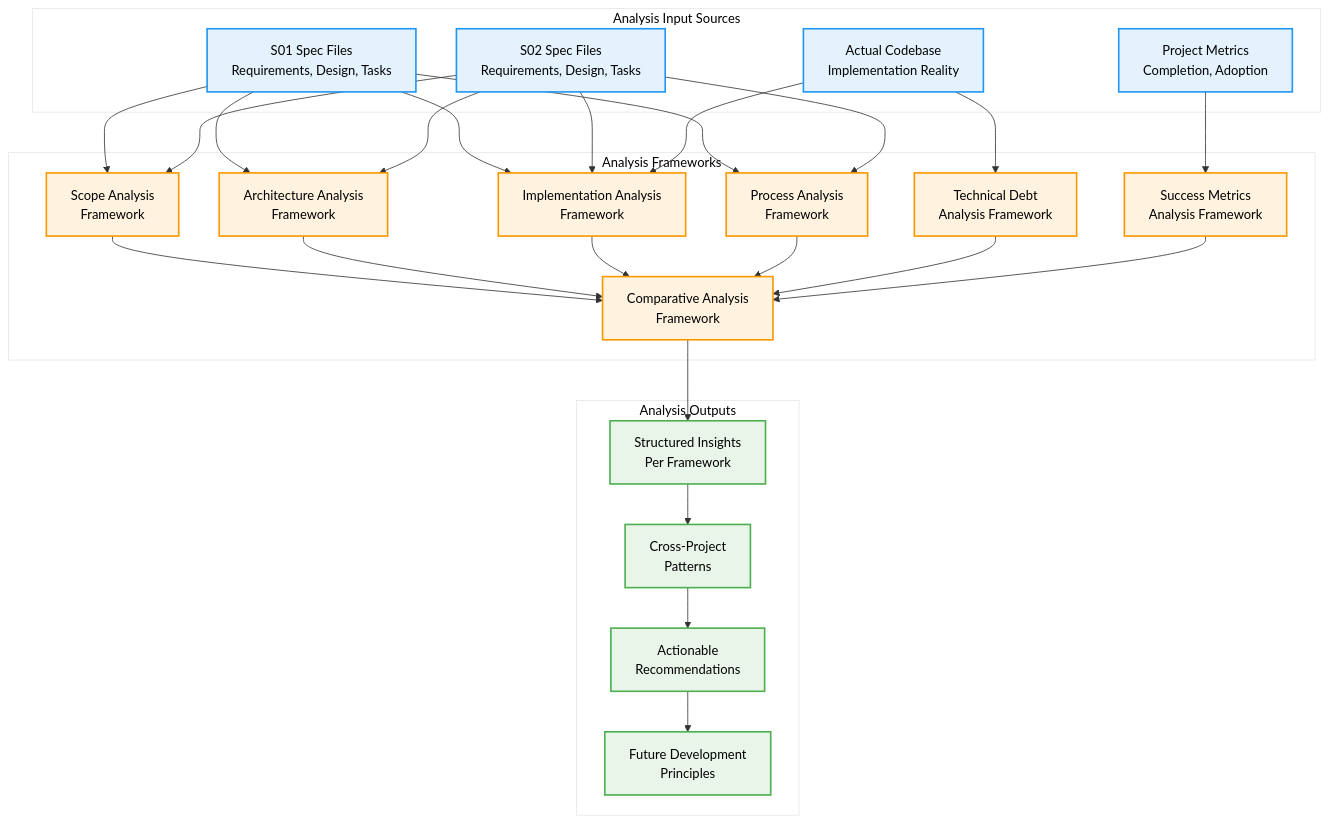
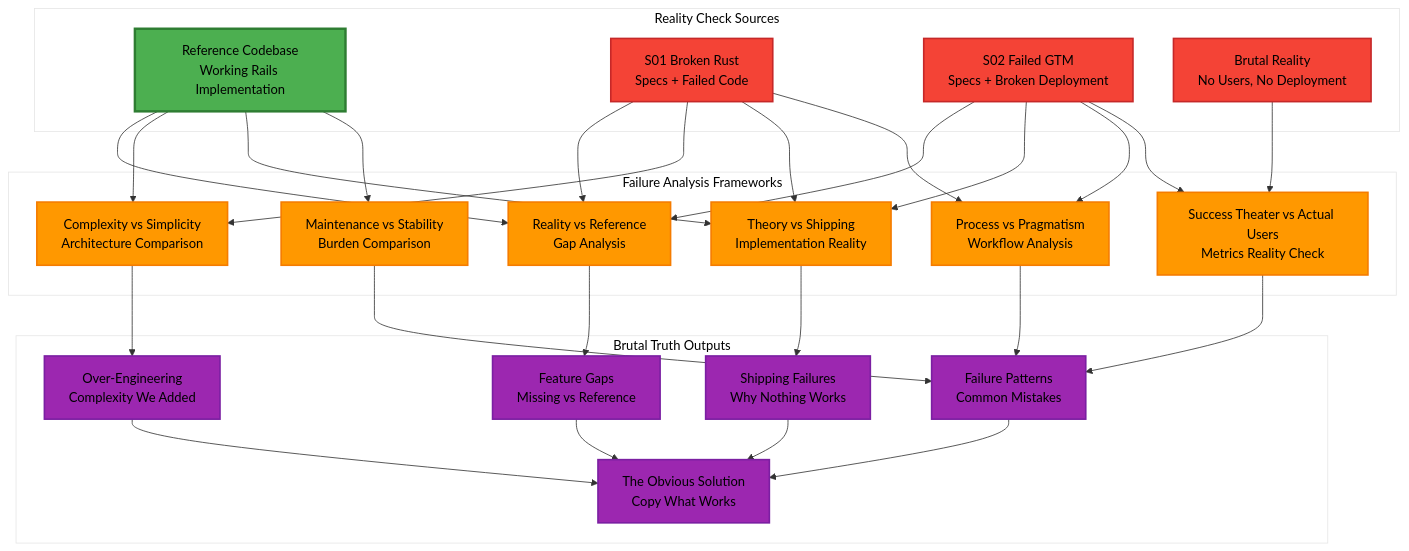
The first of 7 diagrams in .kiro/specs/S03-reflect-learn-improve-sop/design.md (that-in-rust/campfire-on-rust), drawn with Mermaid before and after one commit. The commit also changed other lines of this file and 2 other files, not shown here.

````diff
--- a/.kiro/specs/S03-reflect-learn-improve-sop/design.md
+++ b/.kiro/specs/S03-reflect-learn-improve-sop/design.md
@@ -11,61 +13,66 @@
 ```mermaid
 %%{init: {'theme':'base', 'themeVariables': {'primaryColor':'#ff6b35','primaryTextColor':'#000000','primaryBorderColor':'#ff6b35','lineColor':'#333333','secondaryColor':'#f4f4f4','tertiaryColor':'#ffffff','background':'#ffffff','mainBkg':'#ff6b35','secondBkg':'#f8f9fa','tertiaryBkg':'#ffffff'}}}%%
 graph TD
-    subgraph "Analysis Input Sources"
-        S01[S01 Spec Files<br/>Requirements, Design, Tasks]
-        S02[S02 Spec Files<br/>Requirements, Design, Tasks]
-        CODE[Actual Codebase<br/>Implementation Reality]
-        METRICS[Project Metrics<br/>Completion, Adoption]
+    subgraph "Reality Check Sources"
+        REF[Reference Codebase<br/>Working Rails Implementation]
+        S01[S01 Broken Rust<br/>Specs + Failed Code]
+        S02[S02 Failed GTM<br/>Specs + Broken Deployment]
+        METRICS[Brutal Reality<br/>No Users, No Deployment]
     end
     
-    subgraph "Analysis Frameworks"
-        SCOPE[Scope Analysis<br/>Framework]
-        ARCH[Architecture Analysis<br/>Framework]
-        IMPL[Implementation Analysis<br/>Framework]
-        PROC[Process Analysis<br/>Framework]
-        DEBT[Technical Debt<br/>Analysis Framework]
-        METRICS_ANAL[Success Metrics<br/>Analysis Framework]
-        COMP[Comparative Analysis<br/>Framework]
+    subgraph "Failure Analysis Frameworks"
+        REALITY[Reality vs Reference<br/>Gap Analysis]
+        COMPLEXITY[Complexity vs Simplicity<br/>Architecture Comparison]
+        SHIPPING[Theory vs Shipping<br/>Implementation Reality]
+        PROCESS[Process vs Pragmatism<br/>Workflow Analysis]
+        MAINTENANCE[Maintenance vs Stability<br/>Burden Comparison]
+        SUCCESS[Success Theater vs Actual Users<br/>Metrics Reality Check]
     end
     
-    subgraph "Analysis Outputs"
-        INSIGHTS[Structured Insights<br/>Per Framework]
-        PATTERNS[Cross-Project<br/>Patterns]
-        RECS[Actionable<br/>Recommendations]
-        PRINCIPLES[Future Development<br/>Principles]
+    subgraph "Brutal Truth Outputs"
+        GAPS[Feature Gaps<br/>Missing vs Reference]
+        OVERENG[Over-Engineering<br/>Complexity We Added]
+        FAILURES[Shipping Failures<br/>Why Nothing Works]
+        PATTERNS[Failure Patterns<br/>Common Mistakes]
+        SOLUTION[The Obvious Solution<br/>Copy What Works]
     end
     
-    S01 --> SCOPE
-    S01 --> ARCH
-    S01 --> IMPL
-    S01 --> PROC
+    REF --> REALITY
+    REF --> COMPLEXITY
+    REF --> SHIPPING
+    REF --> MAINTENANCE
     
-    S02 --> SCOPE
-    S02 --> ARCH
-    S02 --> IMPL
-    S02 --> PROC
+    S01 --> REALITY
+    S01 --> COMPLEXITY
+    S01 --> SHIPPING
+    S01 --> PROCESS
     
-    CODE --> IMPL
-    CODE --> DEBT
-    METRICS --> METRICS_ANAL
+    S02 --> REALITY
+    S02 --> SHIPPING
+    S02 --> PROCESS
+    S02 --> SUCCESS
     
-    SCOPE --> COMP
-    ARCH --> COMP
-    IMPL --> COMP
-    PROC --> COMP
-    DEBT --> COMP
-    METRICS_ANAL --> COMP
+    METRICS --> SUCCESS
     
-    COMP --> INSIGHTS
-    INSIGHTS --> PATTERNS
-    PATTERNS --> RECS
-    RECS --> PRINCIPLES
+    REALITY --> GAPS
+    COMPLEXITY --> OVERENG
+    SHIPPING --> FAILURES
+    PROCESS --> PATTERNS
+    MAINTENANCE --> PATTERNS
+    SUCCESS --> PATTERNS
     
-    classDef input fill:#e3f2fd,stroke:#2196f3,stroke-width:2px,color:#000000
-    classDef framework fill:#fff3e0,stroke:#ff9800,stroke-width:2px,color:#000000
-    classDef output fill:#e8f5e8,stroke:#4caf50,stroke-width:2px,color:#000000
+    GAPS --> SOLUTION
+    OVERENG --> SOLUTION
+    FAILURES --> SOLUTION
+    PATTERNS --> SOLUTION
     
-    class S01,S02,CODE,METRICS input
-    class SCOPE,ARCH,IMPL,PROC,DEBT,METRICS_ANAL,COMP framework
-    class INSIGHTS,PATTERNS,RECS,PRINCIPLES output
+    classDef reference fill:#4caf50,stroke:#2e7d32,stroke-width:3px,color:#000000
+    classDef failed fill:#f44336,stroke:#c62828,stroke-width:2px,color:#000000
+    classDef analysis fill:#ff9800,stroke:#f57c00,stroke-width:2px,color:#000000
+    classDef truth fill:#9c27b0,stroke:#7b1fa2,stroke-width:2px,color:#000000
+    
+    class REF reference
+    class S01,S02,METRICS failed
+    class REALITY,COMPLEXITY,SHIPPING,PROCESS,MAINTENANCE,SUCCESS analysis
+    class GAPS,OVERENG,FAILURES,PATTERNS,SOLUTION truth
 ```
````
